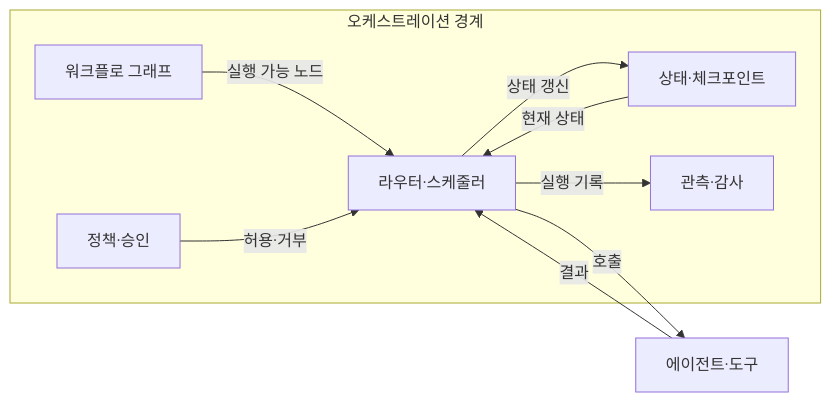
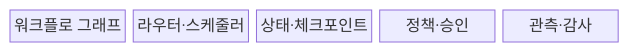
The first of 2 diagrams in src/content/docs/notes/08-latest-tech/014_agent_orchestration.md (agnusdei1207/knowledge-base), drawn with Mermaid before and after one commit. The commit also changed other lines of this file and 16 other files, not shown here.

Commit message:
Add SVM chart comparisons and continue latest technology rewrite

````diff
--- a/src/content/docs/notes/08-latest-tech/014_agent_orchestration.md
+++ b/src/content/docs/notes/08-latest-tech/014_agent_orchestration.md
@@ -53,17 +53,9 @@
 ```mermaid
-flowchart LR
-    subgraph O[오케스트레이션 경계]
-        G[워크플로 그래프]
-        R[라우터·스케줄러]
-        S[상태·체크포인트]
-        P[정책·승인]
-        A[관측·감사]
-        G -->|실행 가능 노드| R
-        S -->|현재 상태| R
-        P -->|허용·거부| R
-        R -->|상태 갱신| S
-        R -->|실행 기록| A
-    end
-    R -->|호출| X[에이전트·도구]
-    X -->|결과| R
+block-beta
+    columns 5
+    G["워크플로 그래프"]
+    R["라우터·스케줄러"]
+    S["상태·체크포인트"]
+    P["정책·승인"]
+    A["관측·감사"]
 ```
````
